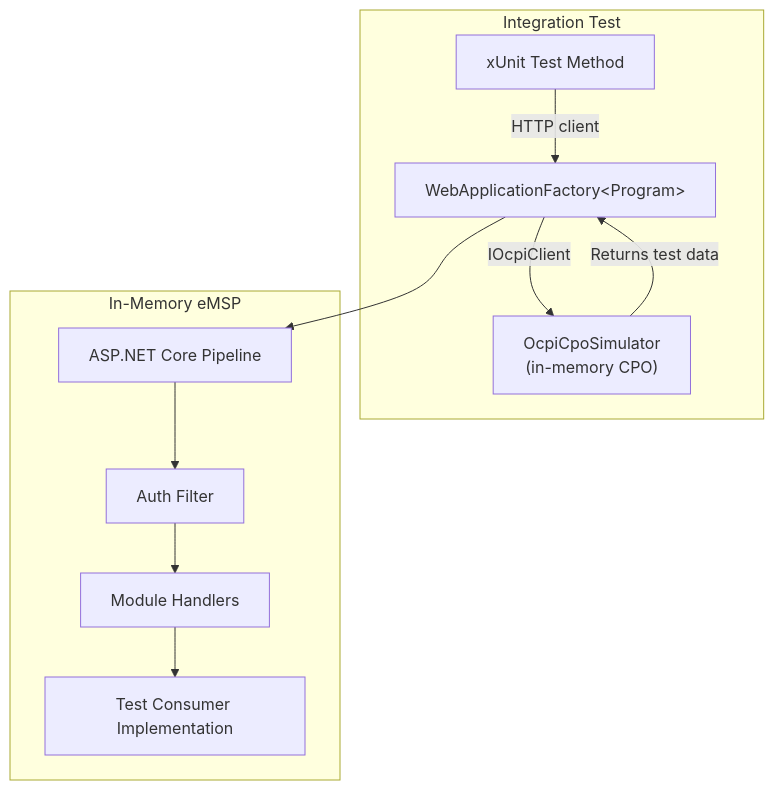
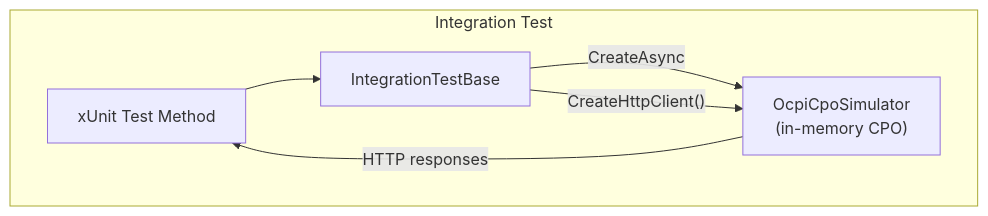
The third of 4 diagrams in docs/testing.md (hannan-m/DotOcpi), drawn with Mermaid before and after one commit. The commit also changed other lines of this file, not shown here.

First line of the commit message:
fix testing.md to match actual test structure and patterns

````diff
--- a/docs/testing.md
+++ b/docs/testing.md
@@ -338,20 +396,13 @@
 ```mermaid
 graph TD
     subgraph "Integration Test"
         Test["xUnit Test Method"]
-        Factory["WebApplicationFactory&lt;Program&gt;"]
+        Base["IntegrationTestBase"]
         TestCpo["OcpiCpoSimulator<br/>(in-memory CPO)"]
     end
 
-    subgraph "In-Memory eMSP"
-        Pipeline["ASP.NET Core Pipeline"]
-        Auth["Auth Filter"]
-        Handlers["Module Handlers"]
-        Consumer["Test Consumer Implementation"]
-    end
-
-    Test -->|"HTTP client"| Factory
-    Factory --> Pipeline --> Auth --> Handlers --> Consumer
-    Factory -->|"IOcpiClient"| TestCpo
-    TestCpo -->|"Returns test data"| Factory
+    Test --> Base
+    Base -->|"CreateAsync"| TestCpo
+    Base -->|"CreateHttpClient()"| TestCpo
+    TestCpo -->|"HTTP responses"| Test
 ```
````
